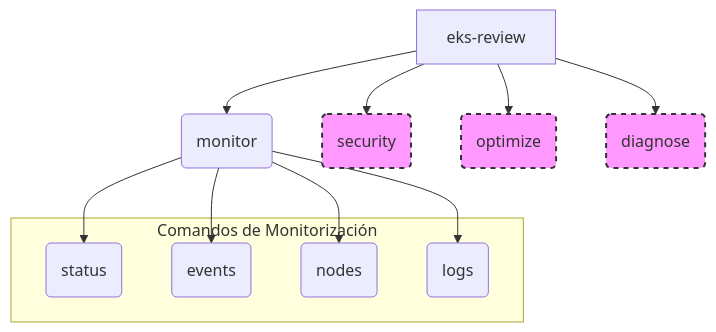
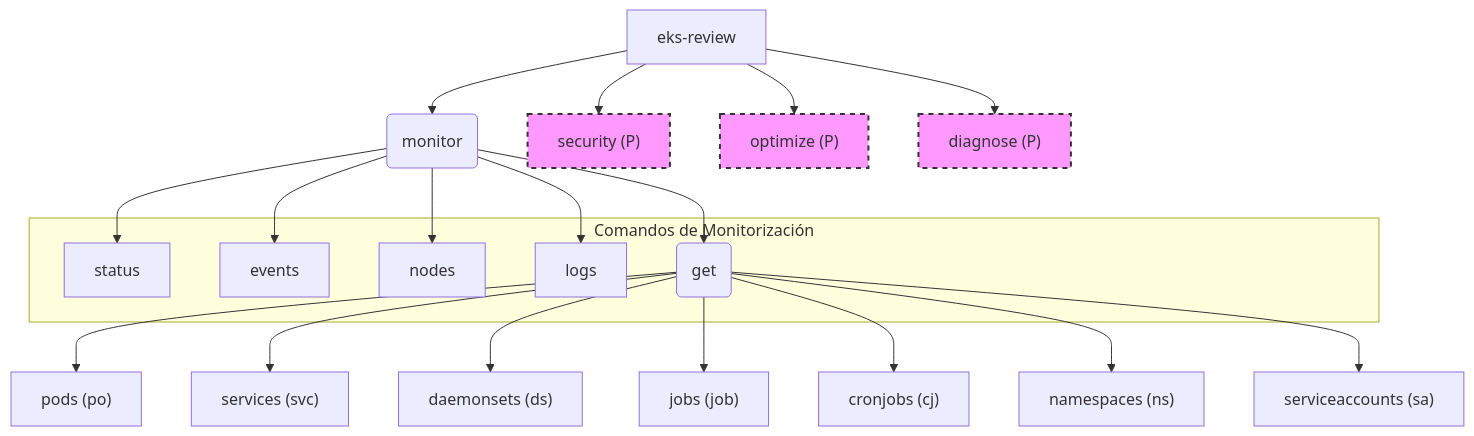
Before and after one commit to Portfolio-jaime/eks-review-cli: the diagram in README.md, drawn with Mermaid. The commit also changed other lines of this file and 12 other files, not shown here.

````diff
--- a/README.md
+++ b/README.md
@@ -117,22 +124,31 @@
 ```mermaid
 graph TD
     A[eks-review] --> B(monitor)
-    B --> C(status)
-    B --> D(events)
-    B --> H(nodes)
-    B --> I(logs)
-    A --> E(security)
-    A --> F(optimize)
-    A --> G(diagnose)
+    B --> C["status"]
+    B --> D["events"]
+    B --> H["nodes"]
+    B --> I["logs"]
+    B --> J(get)
+    J --> K["pods (po)"]
+    J --> L["services (svc)"]
+    J --> M["daemonsets (ds)"]
+    J --> N["jobs (job)"]
+    J --> O["cronjobs (cj)"]
+    J --> P["namespaces (ns)"]
+    J --> Q["serviceaccounts (sa)"]
+    A --> E["security (P)"]
+    A --> F["optimize (P)"]
+    A --> G["diagnose (P)"]
 
     subgraph "Comandos de Monitorización"
         C
         D
         H
         I
+        J
     end
 
     style E fill:#f9f,stroke:#333,stroke-width:2px,stroke-dasharray: 5 5;
     style F fill:#f9f,stroke:#333,stroke-width:2px,stroke-dasharray: 5 5;
     style G fill:#f9f,stroke:#333,stroke-width:2px,stroke-dasharray: 5 5;
 ```
````
